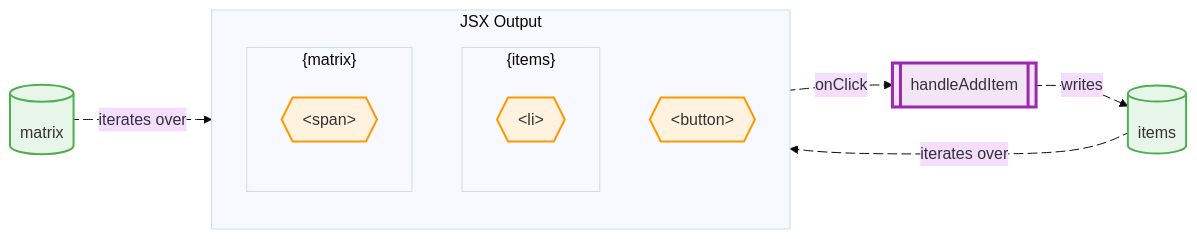
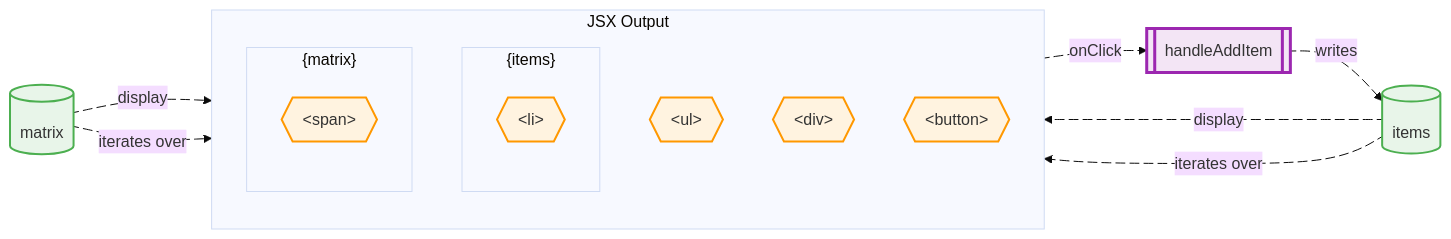
The diagram in examples/react-vite/src/components/002-React-LoopRendering.mmd (shibukawa/web-component-analyzer), drawn with Mermaid before and after one commit. The commit also changed 51 other files, not shown here.

```diff
--- a/examples/react-vite/src/components/002-React-LoopRendering.mmd
+++ b/examples/react-vite/src/components/002-React-LoopRendering.mmd
@@ -1,46 +1,56 @@
 %%{init: {'theme': 'base', 'themeVariables': {'fontFamily': 'Comic Sans MS, cursive'}, 'flowchart': {'curve': 'basis', 'padding': 20}}}%%
 flowchart LR
   state_0[("items")]
   state_1[("matrix")]
   process_2[["handleAddItem"]]
+  jsx_element_1["ul"]
   jsx_element_0["li"]
-  jsx_element_1["span"]
-  jsx_element_2["button"]
+  jsx_element_3["div"]
+  jsx_element_2["span"]
+  jsx_element_4["button"]
   subgraph_1@{ shape: hex, label: "{loop}" }
   subgraph_2@{ shape: hex, label: "{loop}" }
   subgraph subgraph_0["JSX Output"]
     direction TB
+      jsx_element_1@{ shape: hex, label: "&lt;ul&gt;" }
     subgraph subgraph_1["{items}"]
       direction TB
         jsx_element_0@{ shape: hex, label: "&lt;li&gt;" }
     end
+      jsx_element_3@{ shape: hex, label: "&lt;div&gt;" }
     subgraph subgraph_2["{matrix}"]
       direction TB
-        jsx_element_1@{ shape: hex, label: "&lt;span&gt;" }
+        jsx_element_2@{ shape: hex, label: "&lt;span&gt;" }
     end
-      jsx_element_2@{ shape: hex, label: "&lt;button&gt;" }
+      jsx_element_4@{ shape: hex, label: "&lt;button&gt;" }
   end
   state_0 estate_0_subgraph_1@-->|"iterates over"| subgraph_1
   estate_0_subgraph_1@{ animate: true }
   state_1 estate_1_subgraph_2@-->|"iterates over"| subgraph_2
   estate_1_subgraph_2@{ animate: true }
-  jsx_element_2 ejsx_element_2_process_2@-->|"onClick"| process_2
-  ejsx_element_2_process_2@{ animate: true }
+  state_0 estate_0_jsx_element_1@-->|"display"| jsx_element_1
+  estate_0_jsx_element_1@{ animate: true }
+  state_1 estate_1_jsx_element_3@-->|"display"| jsx_element_3
+  estate_1_jsx_element_3@{ animate: true }
+  jsx_element_4 ejsx_element_4_process_2@-->|"onClick"| process_2
+  ejsx_element_4_process_2@{ animate: true }
   process_2 eprocess_2_state_0@-->|"writes"| state_0
   eprocess_2_state_0@{ animate: true }
 
   %% Styling
   classDef inputProp fill:#E3F2FD,stroke:#2196F3,stroke-width:2px
   classDef outputProp fill:#FFF3E0,stroke:#FF9800,stroke-width:2px
   classDef process fill:#F3E5F5,stroke:#9C27B0,stroke-width:3px
   classDef dataStore fill:#E8F5E9,stroke:#4CAF50,stroke-width:2px
   classDef jsxElement fill:#FFF3E0,stroke:#FF9800,stroke-width:2px
   classDef contextData fill:#E1F5FE,stroke:#0288D1,stroke-width:2px
   classDef contextFunction fill:#FFF9C4,stroke:#F57C00,stroke-width:2px
   classDef exportedHandler fill:#E8F5E9,stroke:#4CAF50,stroke-width:2px
   class state_0 dataStore
   class state_1 dataStore
   class process_2 process
+  class jsx_element_1 jsxElement
   class jsx_element_0 jsxElement
-  class jsx_element_1 jsxElement
+  class jsx_element_3 jsxElement
   class jsx_element_2 jsxElement
+  class jsx_element_4 jsxElement
```
